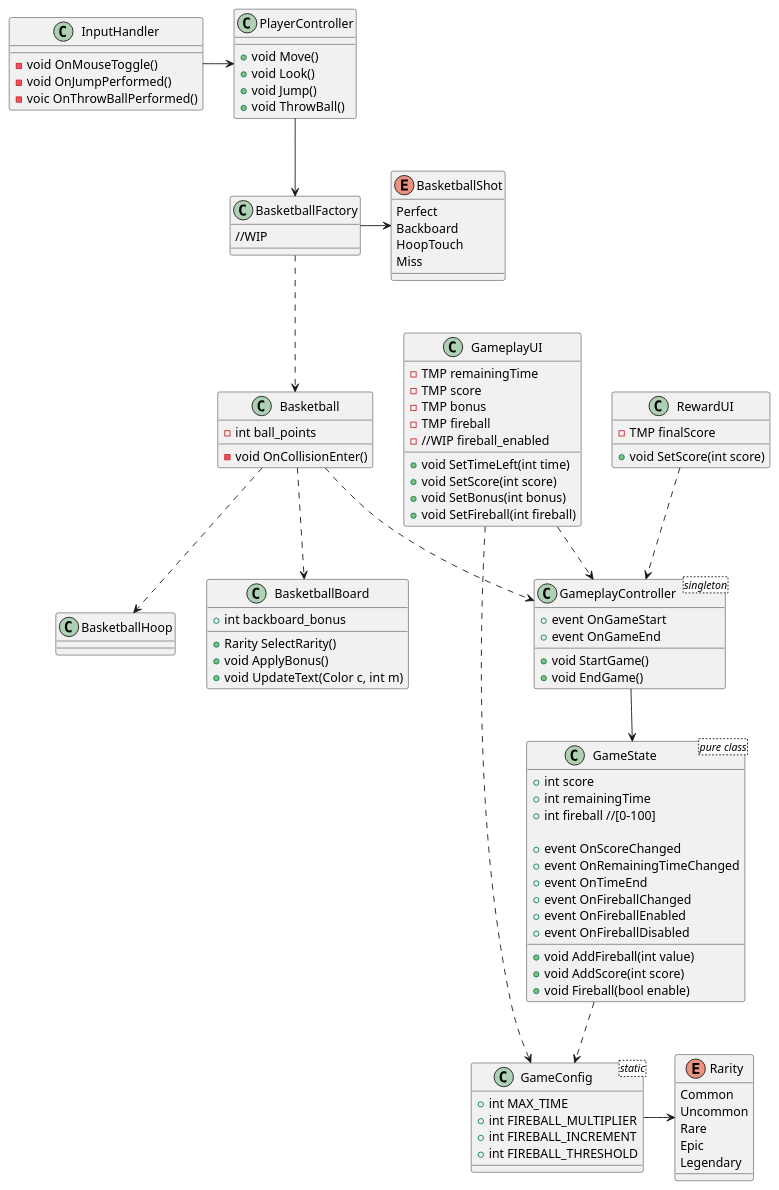
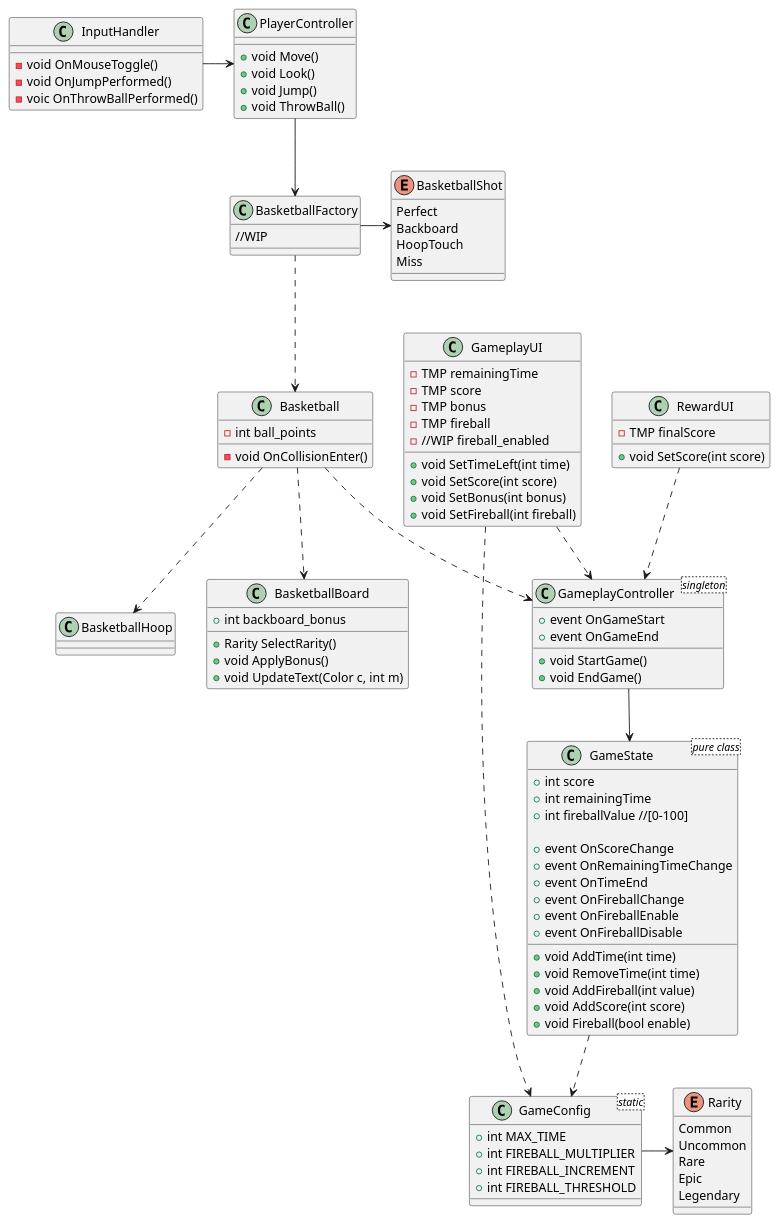
Before and after one commit to ItsAuro/grzegorz.mikulski.basket-challenge: the diagram in Docs/ApplicationDiagram.puml, drawn with PlantUML. The commit also changed 11 other files, not shown here.

```diff
--- a/Docs/ApplicationDiagram.puml
+++ b/Docs/ApplicationDiagram.puml
@@ -1,127 +1,129 @@
 'UTILITY AND CONFIG'
 class "GameConfig<static>" as GameConfig{
   + int MAX_TIME
   + int FIREBALL_MULTIPLIER
   + int FIREBALL_INCREMENT
   + int FIREBALL_THRESHOLD
 }
 enum Rarity{
   Common
   Uncommon
   Rare
   Epic
   Legendary
 }
 enum BasketballShot{
   Perfect
   Backboard
   HoopTouch
   Miss
 }
 class "GameState<pure class>" as GameState{
   + int score
   + int remainingTime
-  + int fireball //[0-100]
+  + int fireballValue //[0-100]
   
-  + event OnScoreChanged
-  + event OnRemainingTimeChanged
+  + event OnScoreChange
+  + event OnRemainingTimeChange
   + event OnTimeEnd
-  + event OnFireballChanged
-  + event OnFireballEnabled
-  + event OnFireballDisabled
+  + event OnFireballChange
+  + event OnFireballEnable
+  + event OnFireballDisable
   
+  + void AddTime(int time)
+  + void RemoveTime(int time)
   + void AddFireball(int value)
   + void AddScore(int score)
   + void Fireball(bool enable)
 }
 class "GameplayController<singleton>" as GameplayController{
 
   + event OnGameStart
   + event OnGameEnd
 
   + void StartGame()
   + void EndGame()
   
 }
 
 'PLAYER CLASSES'
 class InputHandler{
   - void OnMouseToggle()
   - void OnJumpPerformed()
   - voic OnThrowBallPerformed()
 }
 class PlayerController{
   + void Move()
   + void Look()
   + void Jump()
   + void ThrowBall()
 }
 
 'UI ELEMENTS'
 class GameplayUI{
   - TMP remainingTime
   - TMP score
   - TMP bonus
   - TMP fireball
   - //WIP fireball_enabled
   
   + void SetTimeLeft(int time)
   + void SetScore(int score)
   + void SetBonus(int bonus)
   + void SetFireball(int fireball)
 }
 class RewardUI{
   - TMP finalScore
   
   + void SetScore(int score)
 }
 
 
 'BASKET RELATED CLASSES'
 class BasketballHoop{
 
 }
 class BasketballBoard{
   + int backboard_bonus
   + Rarity SelectRarity()
   + void ApplyBonus()
   + void UpdateText(Color c, int m)
 }
 class BasketballFactory{
   //WIP
 }
 class Basketball{
   - int ball_points
   - void OnCollisionEnter() 
 }
 note left of Basketball::OnCollision()
 - Detect hoop collision
 - Detect board collision
 - Detect scored
 end note
 
 
 
 
 
 
 
 
 
 InputHandler -> PlayerController
 PlayerController --> BasketballFactory
 
 GameplayController --> GameState
 GameState ..> GameConfig
 GameConfig -> Rarity
 
 GameplayUI ..> GameplayController
 GameplayUI ..> GameConfig
 RewardUI ..> GameplayController
 
 BasketballFactory -> BasketballShot
 BasketballFactory ..> Basketball
 
 Basketball ..> BasketballHoop
 Basketball ..> BasketballBoard
 Basketball ..> GameplayController
```
